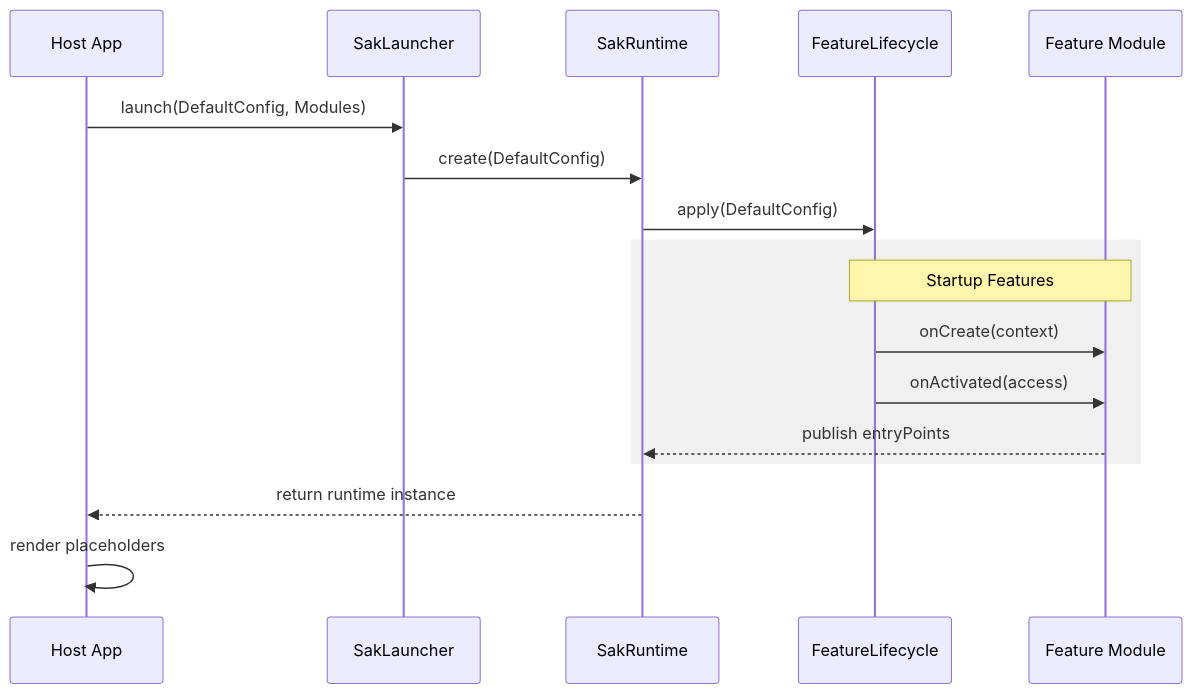
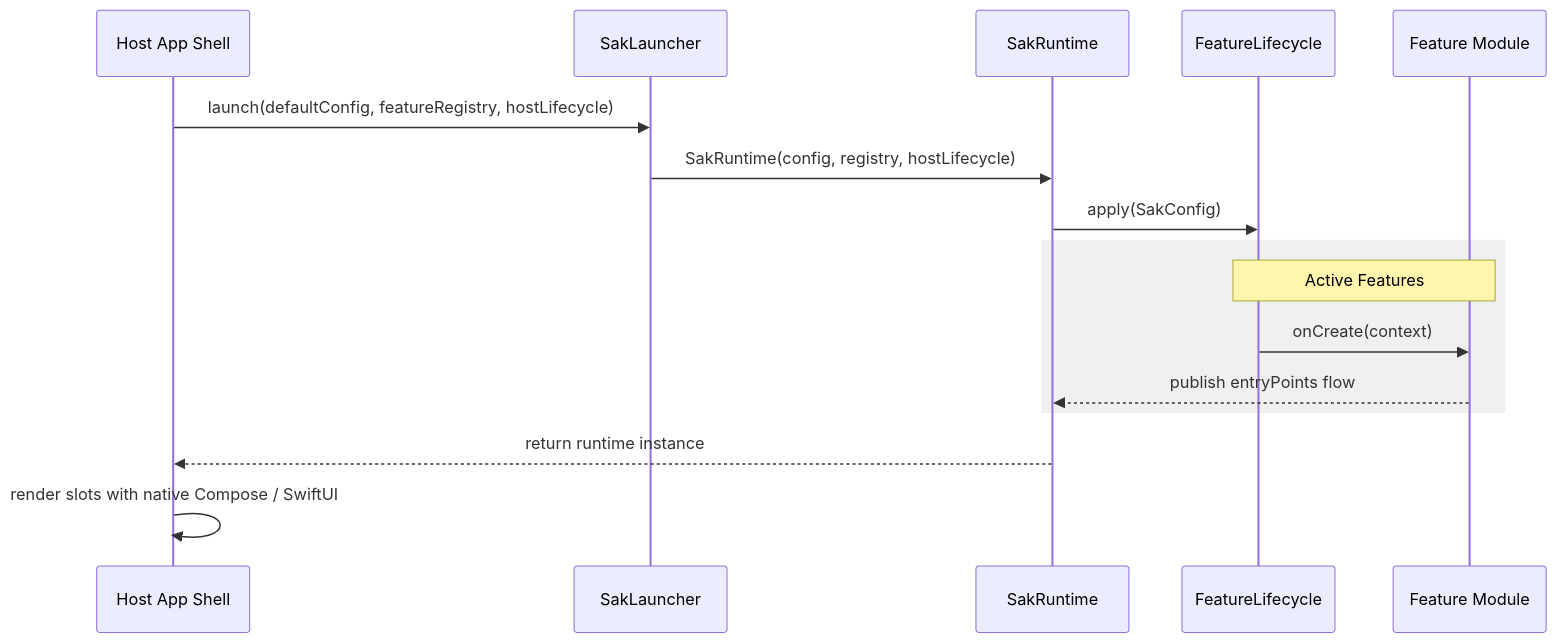
Before and after one commit to san-sk/sak: the first of 4 diagrams in docs/FLOWS.md, drawn with Mermaid. The commit also changed other lines of this file and 104 other files, not shown here.

Commit message:
refactor: restructure SAK project - SDK contracts, runtime engine, harness hosts, sample features

````diff
--- a/docs/FLOWS.md
+++ b/docs/FLOWS.md
@@ -10,22 +11,21 @@
 ```mermaid
 sequenceDiagram
-    participant Host as Host App
+    participant Host as Host App Shell
     participant Launcher as SakLauncher
     participant Runtime as SakRuntime
     participant Lifecycle as FeatureLifecycle
     participant Feature as Feature Module
 
-    Host->>Launcher: launch(DefaultConfig, Modules)
-    Launcher->>Runtime: create(DefaultConfig)
-    Runtime->>Lifecycle: apply(DefaultConfig)
+    Host->>Launcher: launch(defaultConfig, featureRegistry, hostLifecycle)
+    Launcher->>Runtime: SakRuntime(config, registry, hostLifecycle)
+    Runtime->>Lifecycle: apply(SakConfig)
     
     rect rgb(240, 240, 240)
-    Note over Lifecycle, Feature: Startup Features
+    Note over Lifecycle, Feature: Active Features
     Lifecycle->>Feature: onCreate(context)
-    Lifecycle->>Feature: onActivated(access)
-    Feature-->>Runtime: publish entryPoints
+    Feature-->>Runtime: publish entryPoints flow
     end
 
     Runtime-->>Host: return runtime instance
-    Host->>Host: render placeholders
+    Host->>Host: render slots with native Compose / SwiftUI
 ```
````
